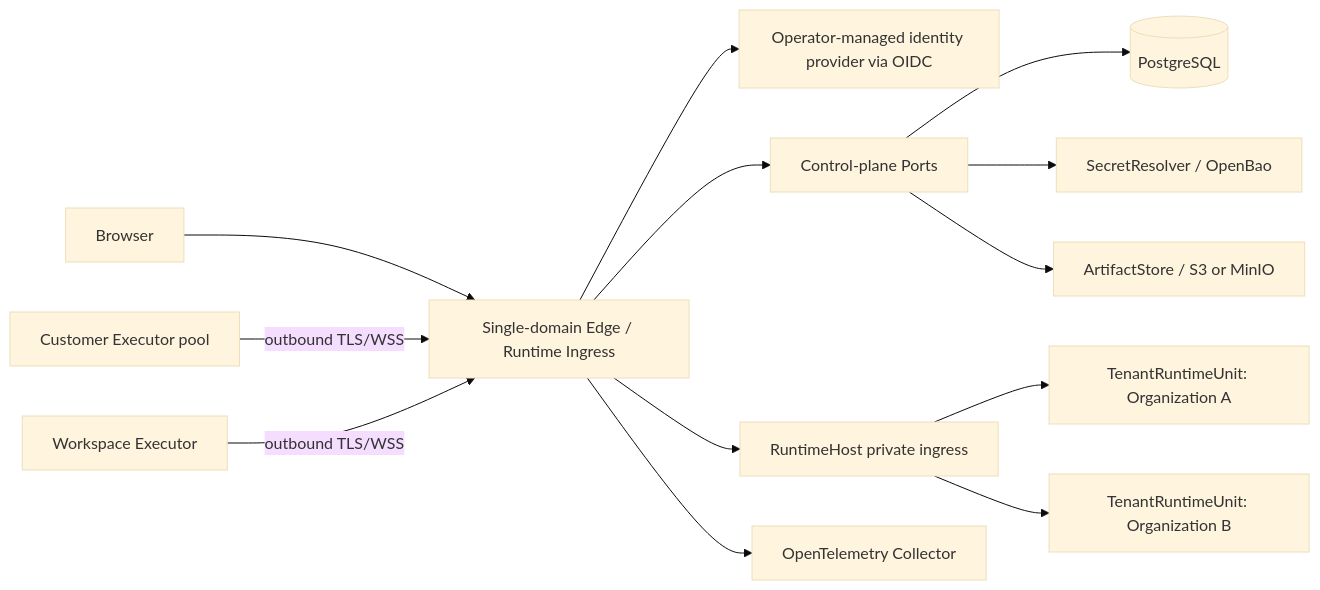
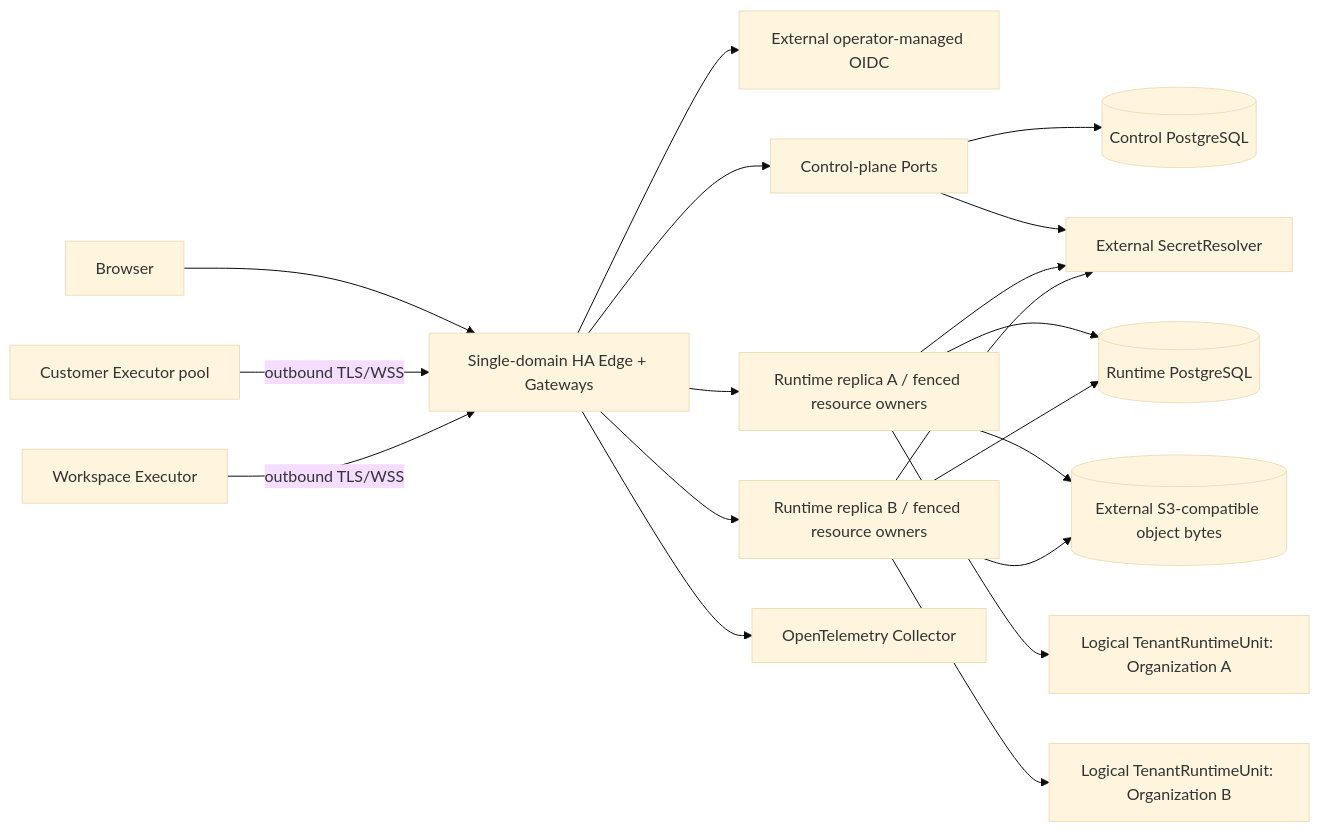
Before and after one commit to kala-project/kala: the diagram in docs/architecture/private-cloud-enterprise-architecture-contract.md, drawn with Mermaid (base theme). The commit also changed other lines of this file and 50 other files, not shown here.

````diff
--- a/docs/architecture/private-cloud-enterprise-architecture-contract.md
+++ b/docs/architecture/private-cloud-enterprise-architecture-contract.md
@@ -9,15 +9,21 @@
 ```mermaid
 flowchart LR
-  B[Browser] --> E[Single-domain Edge / Runtime Ingress]
-  E --> IDP[Operator-managed identity provider via OIDC]
+  B[Browser] --> E[Single-domain HA Edge + Gateways]
+  E --> IDP[External operator-managed OIDC]
   E --> CP[Control-plane Ports]
-  E --> RH[RuntimeHost private ingress]
-  CP --> PG[(PostgreSQL)]
-  CP --> VAULT[SecretResolver / OpenBao]
-  CP --> OBJ[ArtifactStore / S3 or MinIO]
-  RH --> U1[TenantRuntimeUnit: Organization A]
-  RH --> U2[TenantRuntimeUnit: Organization B]
+  E --> RA[Runtime replica A / fenced resource owners]
+  E --> RB[Runtime replica B / fenced resource owners]
+  CP --> CPG[(Control PostgreSQL)]
+  RA --> RPG[(Runtime PostgreSQL)]
+  RB --> RPG
+  RA --> OBJ[(External S3-compatible object bytes)]
+  RB --> OBJ
+  CP --> VAULT[External SecretResolver]
+  RA --> VAULT
+  RB --> VAULT
+  RA --> U1[Logical TenantRuntimeUnit: Organization A]
+  RB --> U2[Logical TenantRuntimeUnit: Organization B]
   X1[Customer Executor pool] -->|outbound TLS/WSS| E
   X2[Workspace Executor] -->|outbound TLS/WSS| E
   E --> OTEL[OpenTelemetry Collector]
 ```
````
